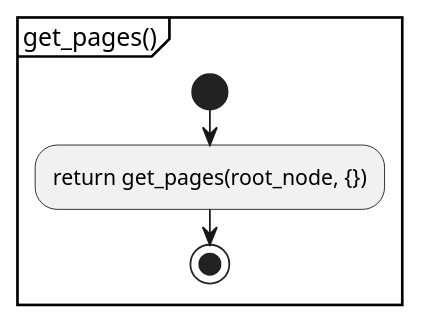
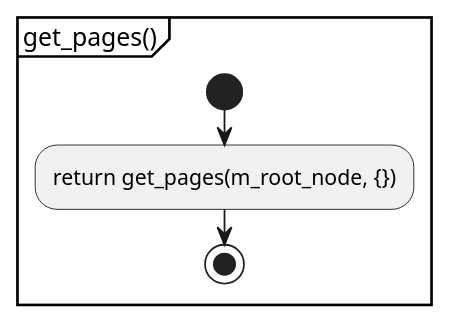
One commit to KodaiYM/PDFReader changed the second of 3 diagrams in document/document_reader/page_tree_parser/page_tree_parser.activity.pu. Above: the diagram before and after it, drawn with PlantUML. The commit also changed other lines of this file and 3 other files, not shown here.

```diff
--- a/document/document_reader/page_tree_parser/page_tree_parser.activity.pu
+++ b/document/document_reader/page_tree_parser/page_tree_parser.activity.pu
@@ -11,7 +11,7 @@
 @startuml get_pages
 partition "get_pages()" {
 start
-	:return get_pages(root_node, {});
+	:return get_pages(m_root_node, {});
 stop
 }
 @enduml
```
